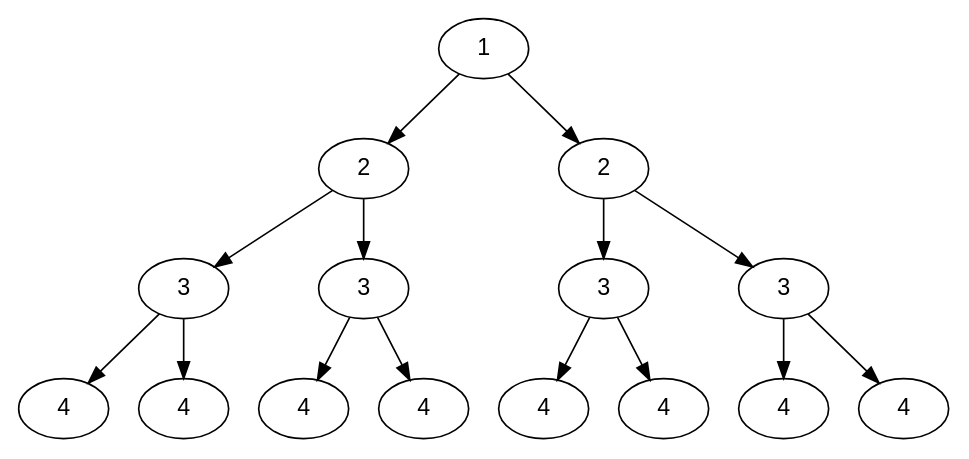
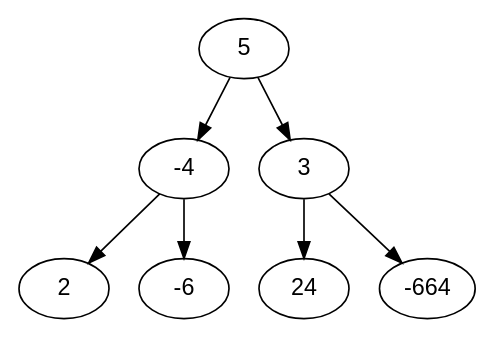
The diagram in x64/Release/tree.gv (serena-yu17/VisualizeBinaryTree), drawn with Graphviz before and after one commit. The commit also changed 30 other files, not shown here.

```diff
--- a/x64/Release/tree.gv
+++ b/x64/Release/tree.gv
@@ -1,32 +1,16 @@
 digraph binaryTree {
     node [fontname="Arial"];
-    node0 [label="1"];
-    node1 [label="2"];
+    node0 [label="5"];
+    node1 [label="-4"];
     node0 -> node1;
-    node2 [label="3"];
+    node2 [label="2"];
     node1 -> node2;
-    node3 [label="4"];
-    node2 -> node3;
-    node4 [label="4"];
-    node2 -> node4;
-    node5 [label="3"];
-    node1 -> node5;
-    node6 [label="4"];
-    node5 -> node6;
-    node7 [label="4"];
-    node5 -> node7;
-    node8 [label="2"];
-    node0 -> node8;
-    node9 [label="3"];
-    node8 -> node9;
-    node10 [label="4"];
-    node9 -> node10;
-    node11 [label="4"];
-    node9 -> node11;
-    node12 [label="3"];
-    node8 -> node12;
-    node13 [label="4"];
-    node12 -> node13;
-    node14 [label="4"];
-    node12 -> node14;
+    node3 [label="-6"];
+    node1 -> node3;
+    node4 [label="3"];
+    node0 -> node4;
+    node5 [label="24"];
+    node4 -> node5;
+    node6 [label="-664"];
+    node4 -> node6;
 }
```
